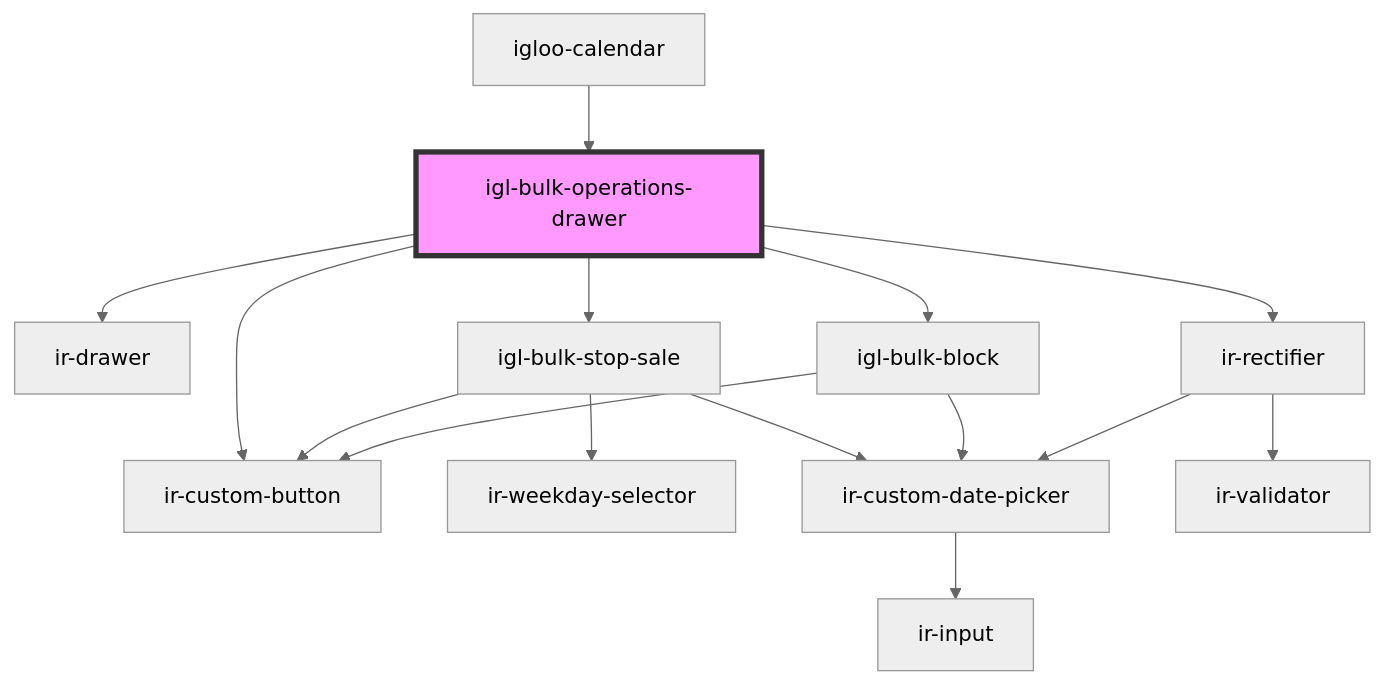
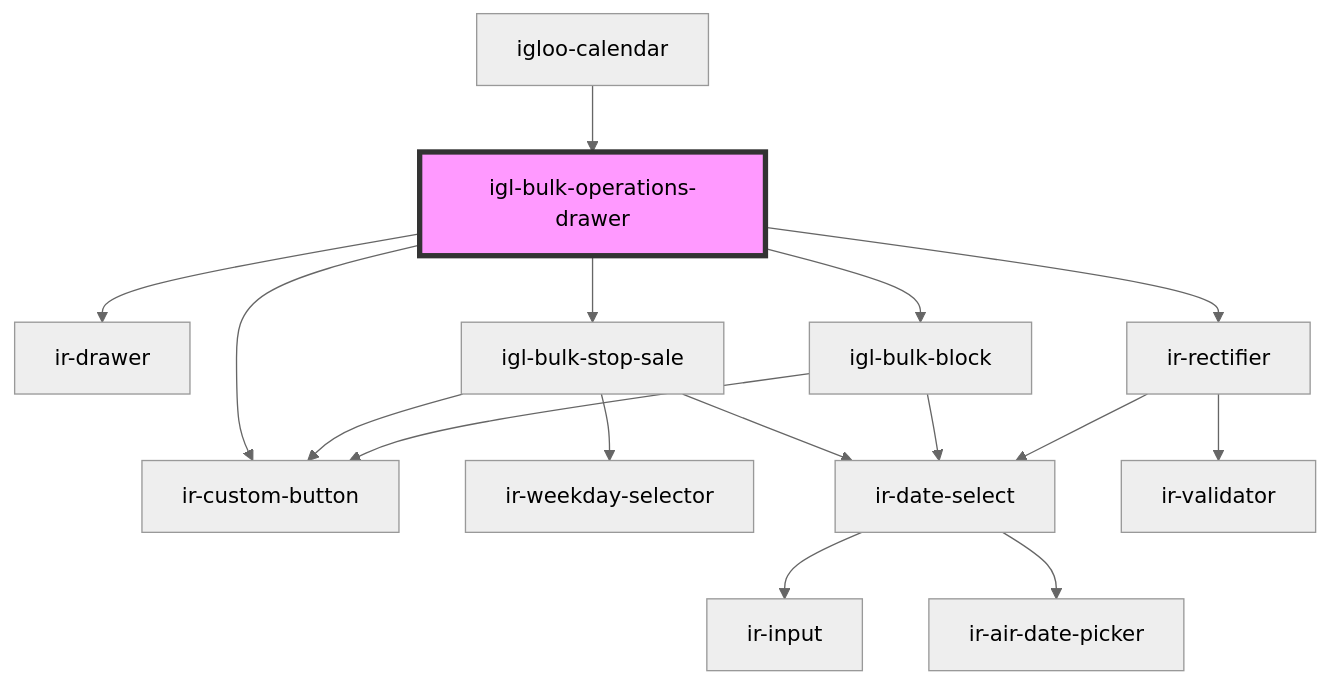
One commit to RonyRizk/ir-webcmp changed the diagram in src/components/igloo-calendar/igl-bulk-operations/igl-bulk-operations-drawer/readme.md. Above: the diagram before and after it, drawn with Mermaid (neutral theme). The commit also changed 586 other files, not shown here.

````diff
--- a/src/components/igloo-calendar/igl-bulk-operations/igl-bulk-operations-drawer/readme.md
+++ b/src/components/igloo-calendar/igl-bulk-operations/igl-bulk-operations-drawer/readme.md
@@ -40,18 +40,19 @@
 ```mermaid
 graph TD;
   igl-bulk-operations-drawer --> ir-drawer
   igl-bulk-operations-drawer --> igl-bulk-stop-sale
   igl-bulk-operations-drawer --> igl-bulk-block
   igl-bulk-operations-drawer --> ir-rectifier
   igl-bulk-operations-drawer --> ir-custom-button
   igl-bulk-stop-sale --> ir-weekday-selector
   igl-bulk-stop-sale --> ir-custom-button
-  igl-bulk-stop-sale --> ir-custom-date-picker
-  ir-custom-date-picker --> ir-input
+  igl-bulk-stop-sale --> ir-date-select
+  ir-date-select --> ir-input
+  ir-date-select --> ir-air-date-picker
   igl-bulk-block --> ir-custom-button
-  igl-bulk-block --> ir-custom-date-picker
+  igl-bulk-block --> ir-date-select
   ir-rectifier --> ir-validator
-  ir-rectifier --> ir-custom-date-picker
+  ir-rectifier --> ir-date-select
   igloo-calendar --> igl-bulk-operations-drawer
   style igl-bulk-operations-drawer fill:#f9f,stroke:#333,stroke-width:4px
 ```
````
